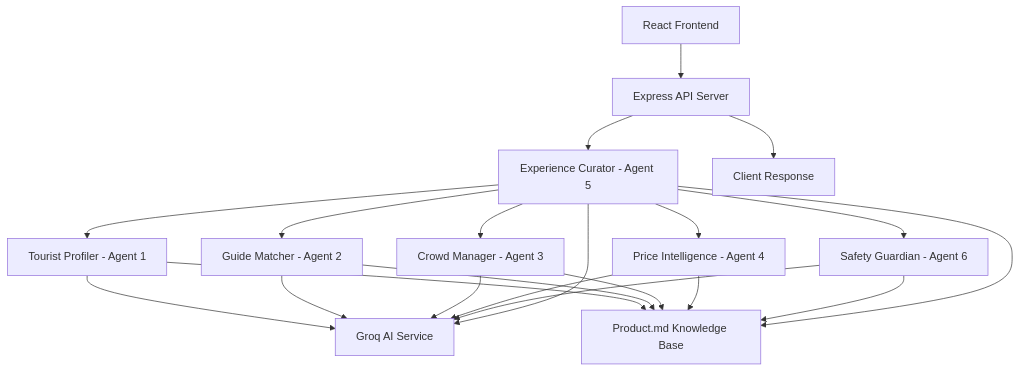
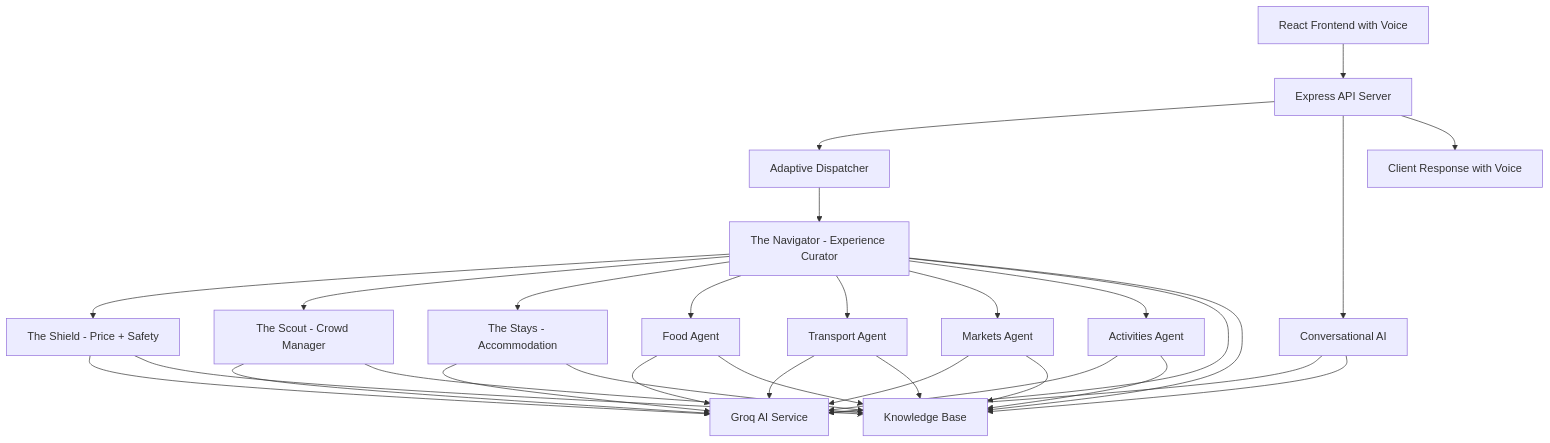
One commit to Abiram08/Local-AI-Guide changed the first of 2 diagrams in .kiro/specs/goanflow-tourism-os/design.md. Above: the diagram before and after it, drawn with Mermaid. The commit also changed other lines of this file and 56 other files, not shown here.

````diff
--- a/.kiro/specs/goanflow-tourism-os/design.md
+++ b/.kiro/specs/goanflow-tourism-os/design.md
@@ -13,27 +13,38 @@
 ```mermaid
 graph TB
-    UI[React Frontend] --> API[Express API Server]
-    API --> ORCH[Experience Curator - Agent 5]
+    UI[React Frontend with Voice] --> API[Express API Server]
+    API --> DISP[Adaptive Dispatcher]
+    API --> CHAT[Conversational AI]
     
-    ORCH --> A1[Tourist Profiler - Agent 1]
-    ORCH --> A2[Guide Matcher - Agent 2]
-    ORCH --> A3[Crowd Manager - Agent 3]
-    ORCH --> A4[Price Intelligence - Agent 4]
-    ORCH --> A6[Safety Guardian - Agent 6]
+    DISP --> NAV[The Navigator - Experience Curator]
     
-    A1 --> AI[Groq AI Service]
-    A2 --> AI
-    A3 --> AI
-    A4 --> AI
-    A6 --> AI
-    ORCH --> AI
+    NAV --> SHIELD[The Shield - Price + Safety]
+    NAV --> SCOUT[The Scout - Crowd Manager]
+    NAV --> STAYS[The Stays - Accommodation]
+    NAV --> FOOD[Food Agent]
+    NAV --> TRANSPORT[Transport Agent]
+    NAV --> MARKETS[Markets Agent]
+    NAV --> ACTIVITIES[Activities Agent]
     
-    A1 --> KB[Product.md Knowledge Base]
-    A2 --> KB
-    A3 --> KB
-    A4 --> KB
-    A6 --> KB
-    ORCH --> KB
+    SHIELD --> AI[Groq AI Service]
+    SCOUT --> AI
+    STAYS --> AI
+    FOOD --> AI
+    TRANSPORT --> AI
+    MARKETS --> AI
+    ACTIVITIES --> AI
+    NAV --> AI
+    CHAT --> AI
     
-    API --> CLIENT[Client Response]
+    SHIELD --> KB[Knowledge Base]
+    SCOUT --> KB
+    STAYS --> KB
+    FOOD --> KB
+    TRANSPORT --> KB
+    MARKETS --> KB
+    ACTIVITIES --> KB
+    NAV --> KB
+    CHAT --> KB
+    
+    API --> CLIENT[Client Response with Voice]
 ```
````
